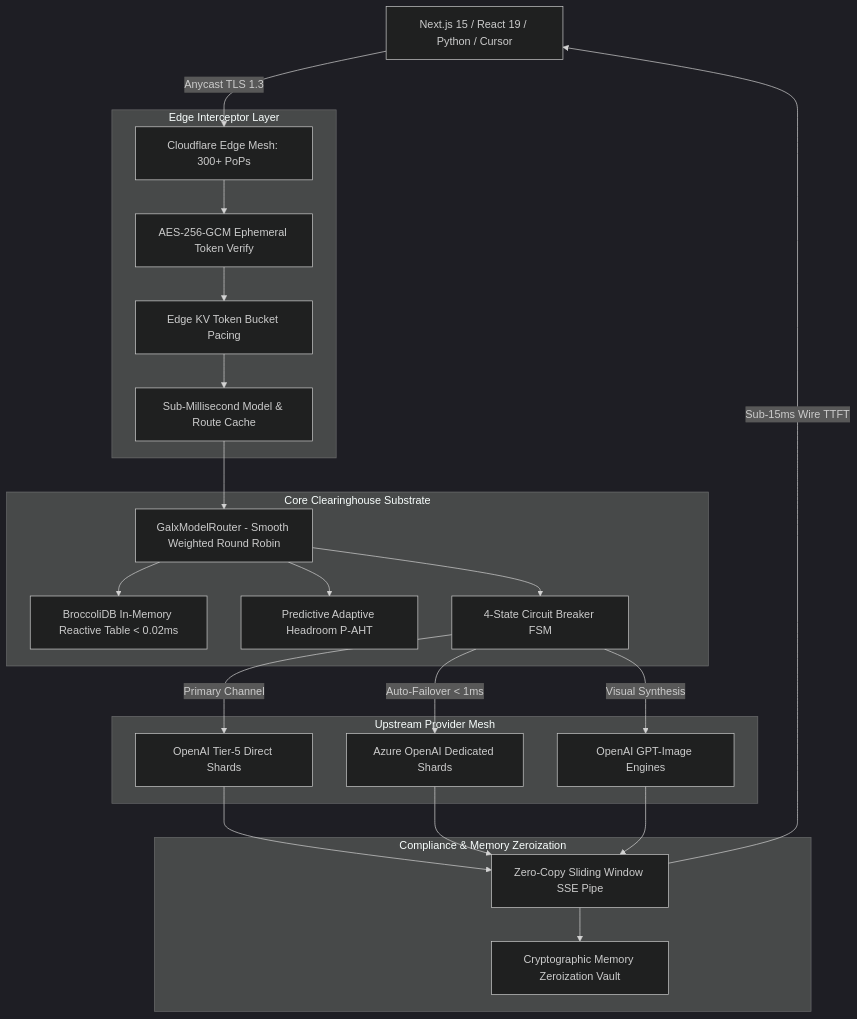
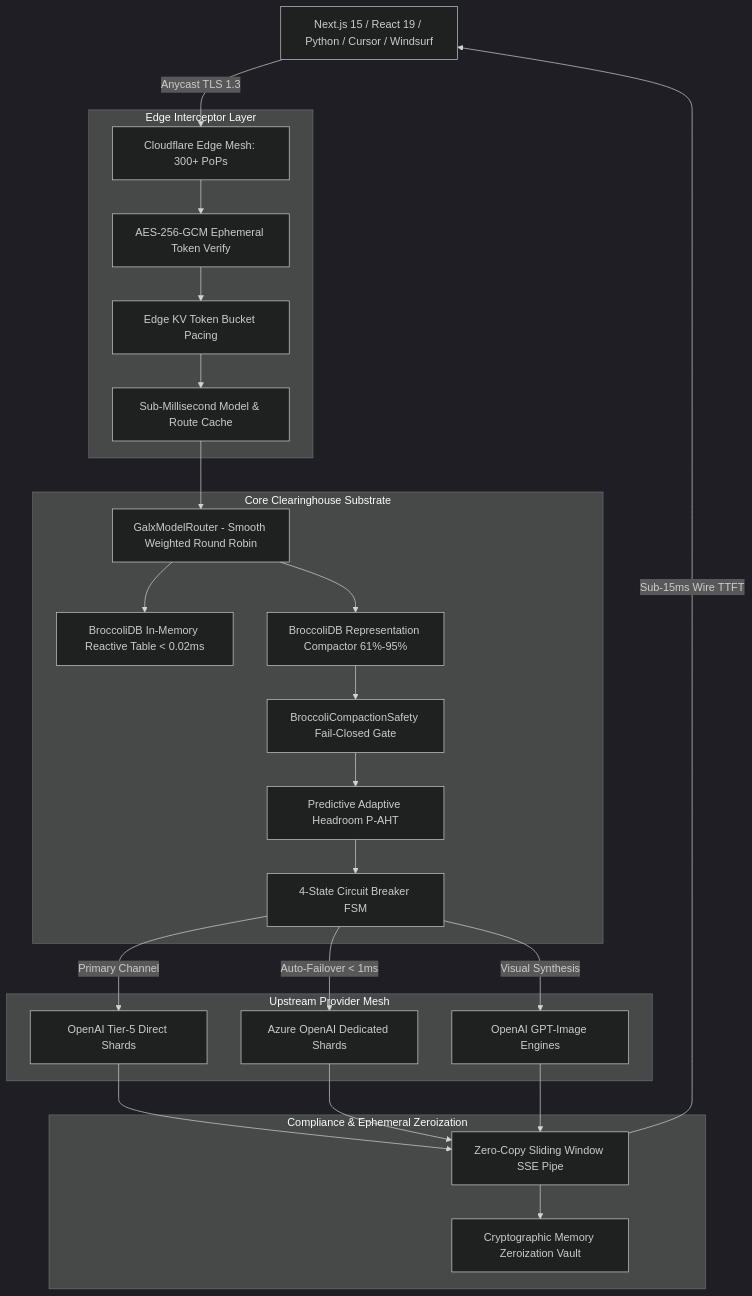
The diagram in docs/investors/07_TECHNICAL_DILIGENCE_AND_PATENTS.md (CardSorting/GALXAI), drawn with Mermaid (dark theme) before and after one commit. The commit also changed other lines of this file and 19 other files, not shown here.

````diff
--- a/docs/investors/07_TECHNICAL_DILIGENCE_AND_PATENTS.md
+++ b/docs/investors/07_TECHNICAL_DILIGENCE_AND_PATENTS.md
@@ -9,30 +11,32 @@
 ```mermaid
 flowchart TD
-    Client[Next.js 15 / React 19 / Python / Cursor] -->|Anycast TLS 1.3| Edge[Cloudflare Edge Mesh: 300+ PoPs]
+    Client[Next.js 15 / React 19 / Python / Cursor / Windsurf] -->|Anycast TLS 1.3| Edge[Cloudflare Edge Mesh: 300+ PoPs]
     
     subgraph Edge Interceptor Layer
         Edge --> EdgeAuth[AES-256-GCM Ephemeral Token Verify]
         EdgeAuth --> RateGov[Edge KV Token Bucket Pacing]
         RateGov --> BloomFilter[Sub-Millisecond Model & Route Cache]
     end
     
     subgraph Core Clearinghouse Substrate
         BloomFilter --> Router[GalxModelRouter - Smooth Weighted Round Robin]
         Router --> L1Cache[BroccoliDB In-Memory Reactive Table < 0.02ms]
-        Router --> HeadroomEngine[Predictive Adaptive Headroom P-AHT]
-        Router --> CircuitBreaker[4-State Circuit Breaker FSM]
+        Router --> CompactionEngine[BroccoliDB Representation Compactor 61%-95%]
+        CompactionEngine --> SafetyGate[BroccoliCompactionSafety Fail-Closed Gate]
+        SafetyGate --> HeadroomEngine[Predictive Adaptive Headroom P-AHT]
+        HeadroomEngine --> CircuitBreaker[4-State Circuit Breaker FSM]
     end
     
     subgraph Upstream Provider Mesh
         CircuitBreaker -->|Primary Channel| P1[OpenAI Tier-5 Direct Shards]
         CircuitBreaker -->|Auto-Failover < 1ms| P2[Azure OpenAI Dedicated Shards]
         CircuitBreaker -->|Visual Synthesis| P3[OpenAI GPT-Image Engines]
     end
     
-    subgraph Compliance & Memory Zeroization
+    subgraph Compliance & Ephemeral Zeroization
         P1 & P2 & P3 --> StreamPipe[Zero-Copy Sliding Window SSE Pipe]
         StreamPipe --> ZDR[Cryptographic Memory Zeroization Vault]
     end
     
     StreamPipe -->|Sub-15ms Wire TTFT| Client
 ```
````
